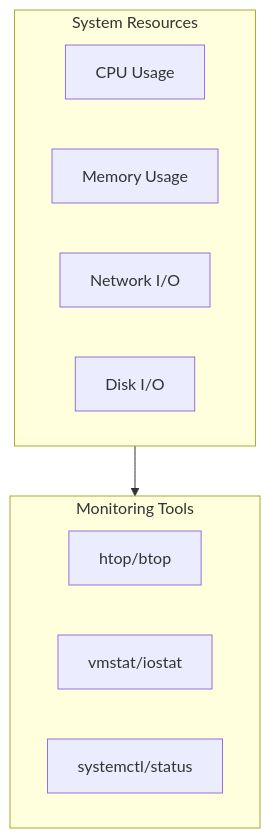
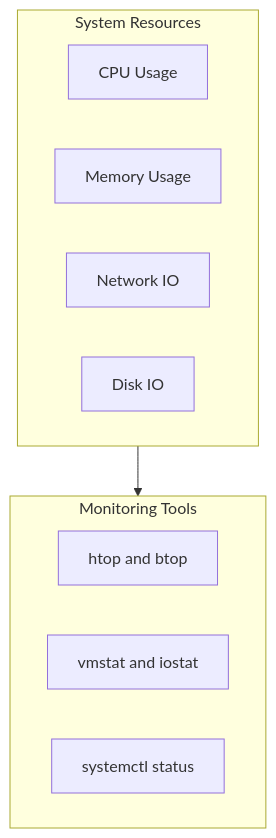
The first of 2 diagrams in System/Linux/System-Monitoring-Guide.md (444Nazky/My-Vault), drawn with Mermaid before and after one commit. The commit also changed 8 other files, not shown here.

````diff
--- a/System/Linux/System-Monitoring-Guide.md
+++ b/System/Linux/System-Monitoring-Guide.md
@@ -11,17 +11,17 @@
 ```mermaid
 flowchart TB
     subgraph Resources["System Resources"]
         CPU[CPU Usage]
         MEM[Memory Usage]
-        NET[Network I/O]
-        DISK[Disk I/O]
+        NET[Network IO]
+        DISK[Disk IO]
     end
     
     subgraph Tools["Monitoring Tools"]
-        H[htop/btop]
-        M[vmstat/iostat]
-        S[systemctl/status]
+        H[htop and btop]
+        M[vmstat and iostat]
+        S[systemctl status]
     end
     
     Resources --> Tools
 ```
````
